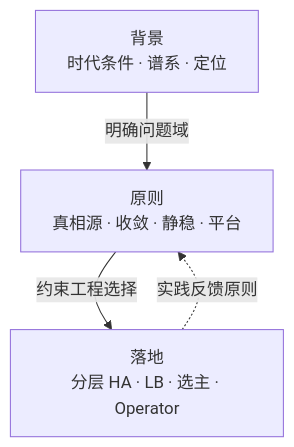
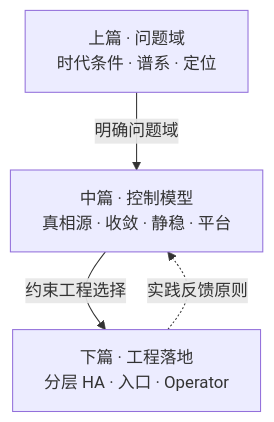
The first of 4 diagrams in 20-architecture/23-kubernetes-control-plane-doctrine.md (xiaxinyu/knowledge_base), drawn with Mermaid before and after one commit. The commit also changed other lines of this file, not shown here.

````diff
--- a/20-architecture/23-kubernetes-control-plane-doctrine.md
+++ b/20-architecture/23-kubernetes-control-plane-doctrine.md
@@ -55,11 +52,11 @@
 ```mermaid
-%% K8s 设计全景：背景→原则→落地→总结
+%% K8s 设计全景：问题域约束原则，原则约束落地
 flowchart TB
-  Ctx["背景<br/>时代条件 · 谱系 · 定位"]
-  Prin["原则<br/>真相源 · 收敛 · 静稳 · 平台"]
-  Eng["落地<br/>分层 HA · LB · 选主 · Operator"]
+  Ctx["上篇 · 问题域<br/>时代条件 · 谱系 · 定位"]
+  Prin["中篇 · 控制模型<br/>真相源 · 收敛 · 静稳 · 平台"]
+  Eng["下篇 · 工程落地<br/>分层 HA · 入口 · Operator"]
 
   Ctx -->|"明确问题域"| Prin
   Prin -->|"约束工程选择"| Eng
   Eng -.->|"实践反馈原则"| Prin
 ```
````
